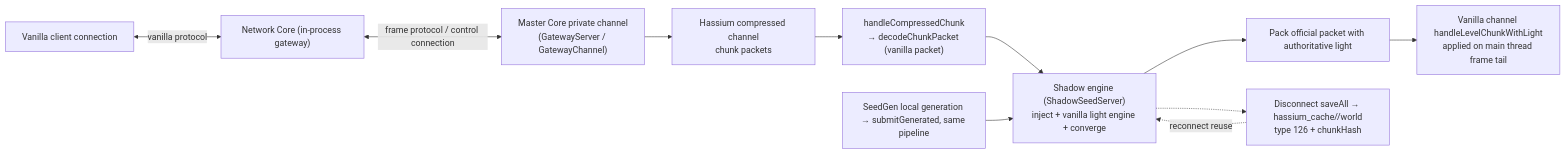
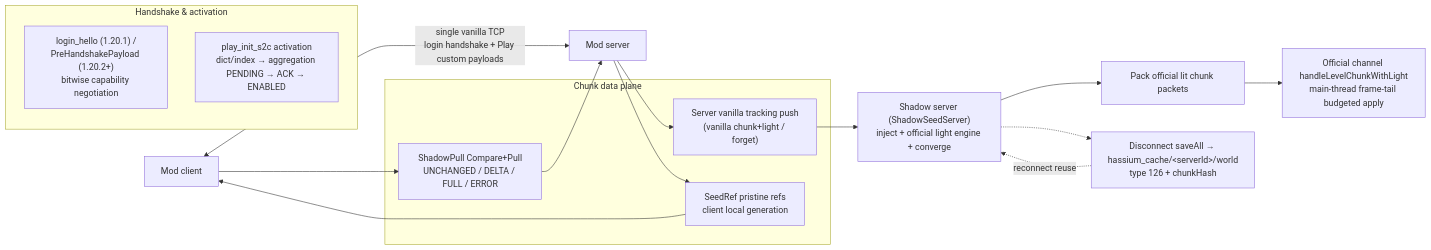
The diagram in README-en.md (limuqy/Hassium), drawn with Mermaid before and after one commit. The commit also changed other lines of this file and 38 other files, not shown here.

````diff
--- a/README-en.md
+++ b/README-en.md
@@ -125,20 +132,24 @@
 ```mermaid
 flowchart LR
-    client["Vanilla client connection"]
-    gw["Network Core (in-process gateway)"]
-    mc["Master Core private channel<br/>(GatewayServer / GatewayChannel)"]
-    wire["Hassium compressed channel<br/>chunk packets"]
-    decode["handleCompressedChunk<br/>→ decodeChunkPacket (vanilla packet)"]
-    shadow["Shadow engine (ShadowSeedServer)<br/>inject + vanilla light engine + converge"]
-    pack["Pack official packet with authoritative light"]
-    apply["Vanilla channel handleLevelChunkWithLight<br/>applied on main thread frame tail"]
-    save["Disconnect saveAll → hassium_cache/<serverId>/world<br/>type 126 + chunkHash"]
-    regen["SeedGen local generation → submitGenerated, same pipeline"]
+    client["Mod client"] <-->|"single vanilla TCP<br/>login handshake + Play custom payloads"| server["Mod server"]
+    subgraph Handshake & activation
+        hs["login_hello (1.20.1) /<br/>PreHandshakePayload (1.20.2+)<br/>bitwise capability negotiation"]
+        act["play_init_s2c activation<br/>dict/index → aggregation PENDING → ACK → ENABLED"]
+    end
+    subgraph Chunk data plane
+        push["Server vanilla tracking push<br/>(vanilla chunk+light / forget)"]
+        pull["ShadowPull Compare+Pull<br/>UNCHANGED / DELTA / FULL / ERROR"]
+        seed["SeedRef pristine refs<br/>client local generation"]
+    end
+    shadow["Shadow server (ShadowSeedServer)<br/>inject + official light engine + converge"]
+    pack["Pack official lit chunk packets"]
+    apply["Official channel handleLevelChunkWithLight<br/>main-thread frame-tail budgeted apply"]
+    save["Disconnect saveAll → hassium_cache/&lt;serverId&gt;/world<br/>type 126 + chunkHash"]
 
-    client <-->|"vanilla protocol"| gw
-    gw <-->|"frame protocol / control connection"| mc
-    mc --> wire --> decode --> shadow --> pack --> apply
-    regen --> shadow
+    server --> push --> shadow
+    client --> pull --> server
+    server --> seed --> client
+    shadow --> pack --> apply
     shadow -.-> save
     save -.->|"reconnect reuse"| shadow
 ```
````
